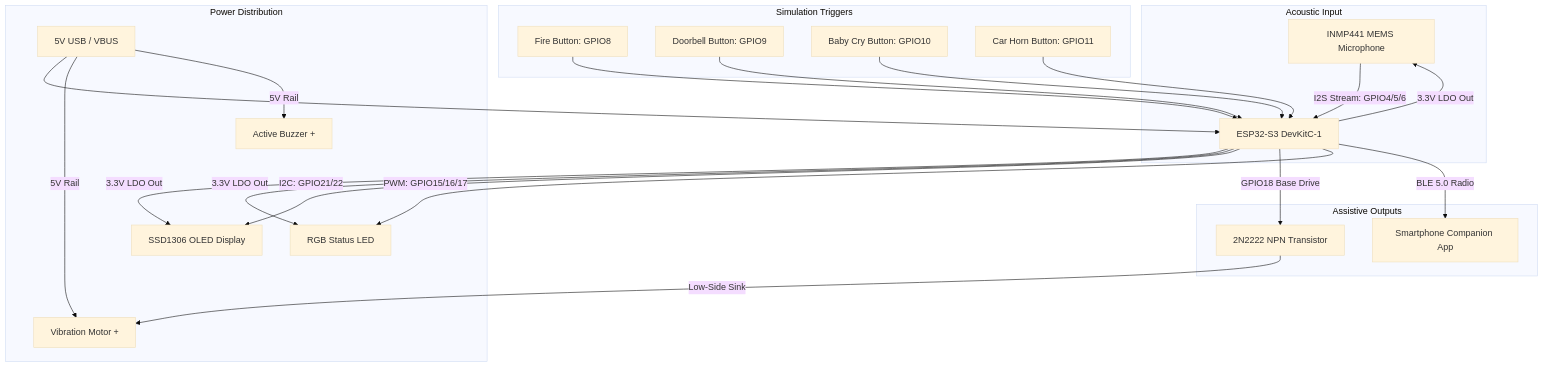
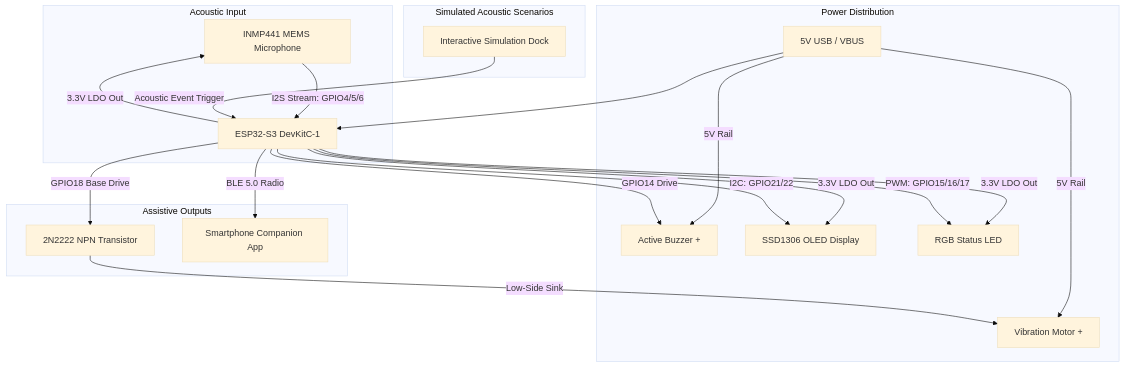
Before and after one commit to imnotparama/EchoSense: the diagram in README.md, drawn with Mermaid (base theme). The commit also changed other lines of this file and 11 other files, not shown here.

````diff
--- a/README.md
+++ b/README.md
@@ -51,30 +50,28 @@
 ```mermaid
 graph TD
     subgraph Acoustic Input
         MIC[INMP441 MEMS Microphone] -->|I2S Stream: GPIO4/5/6| ESP32[ESP32-S3 DevKitC-1]
     end
 
     subgraph Power Distribution
         USB[5V USB / VBUS] --> ESP32
         USB -->|5V Rail| VIBE_PWR[Vibration Motor +]
         USB -->|5V Rail| BUZZ_PWR[Active Buzzer +]
         ESP32 -->|3.3V LDO Out| MIC
         ESP32 -->|3.3V LDO Out| OLED[SSD1306 OLED Display]
         ESP32 -->|3.3V LDO Out| LED[RGB Status LED]
     end
 
     subgraph Assistive Outputs
         ESP32 -->|I2C: GPIO21/22| OLED
         ESP32 -->|GPIO18 Base Drive| BJT[2N2222 NPN Transistor]
         BJT -->|Low-Side Sink| VIBE_PWR
         ESP32 -->|PWM: GPIO15/16/17| LED
+        ESP32 -->|GPIO14 Drive| BUZZ_PWR
         ESP32 -->|BLE 5.0 Radio| PHONE[Smartphone Companion App]
     end
 
-    subgraph Simulation Triggers
-        BTN1[Fire Button: GPIO8] --> ESP32
-        BTN2[Doorbell Button: GPIO9] --> ESP32
-        BTN3[Baby Cry Button: GPIO10] --> ESP32
-        BTN4[Car Horn Button: GPIO11] --> ESP32
+    subgraph Simulated Acoustic Scenarios
+        DOCK[Interactive Simulation Dock] -->|Acoustic Event Trigger| ESP32
     end
 ```
````
